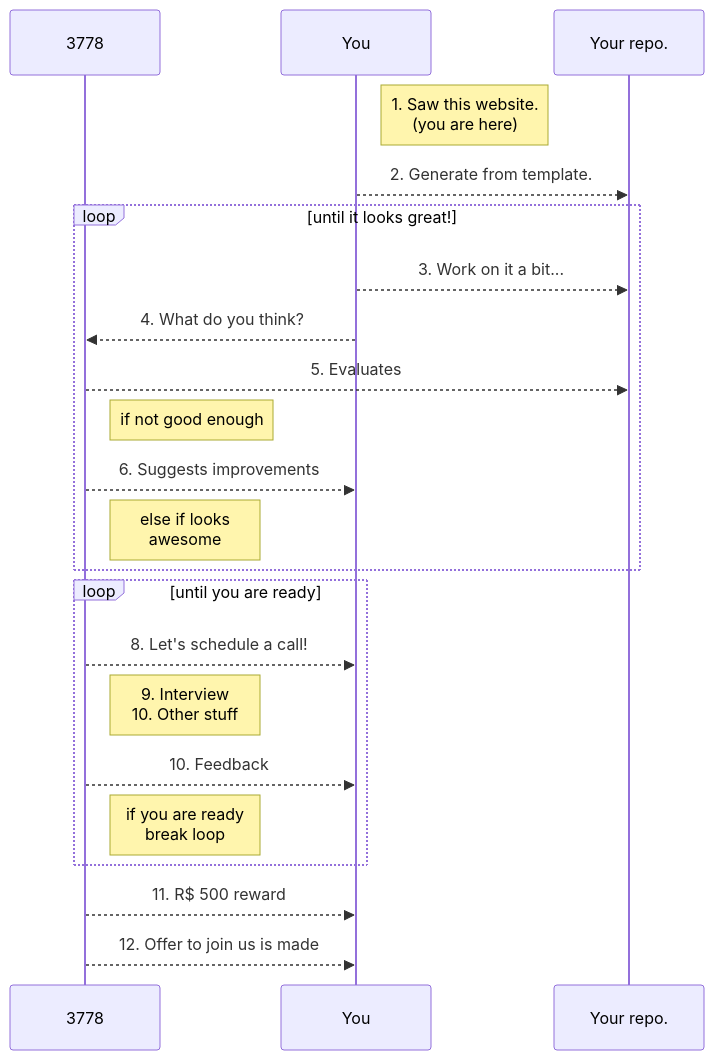
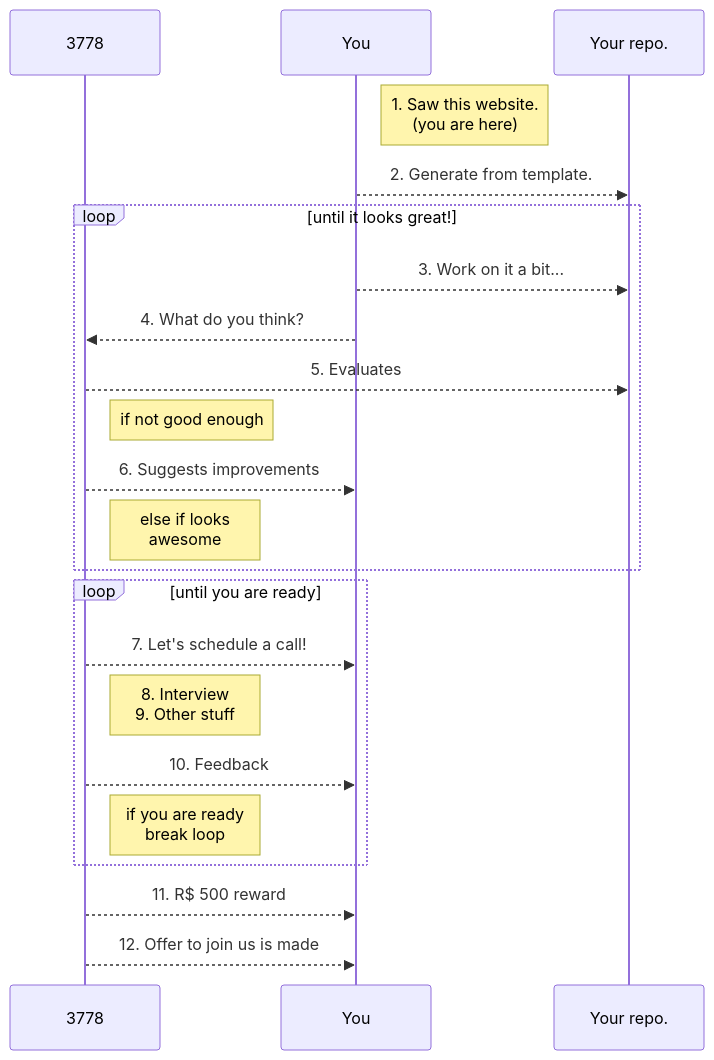
The diagram in content/join-us.md (3778/website-research), drawn with Mermaid before and after one commit.

````diff
--- a/content/join-us.md
+++ b/content/join-us.md
@@ -95,24 +95,24 @@
 ```mermaid
 sequenceDiagram
     participant 3778
     participant You
     participant Your repo.
     Note right of You: 1. Saw this website. <br> (you are here)
     You-->>Your repo.: 2. Generate from template.
     loop until it looks great!
         You-->>Your repo.: 3. Work on it a bit...
         You-->>3778: 4. What do you think?
         3778-->>Your repo.: 5. Evaluates
         Note right of 3778: if not good enough
         3778-->>You: 6. Suggests improvements
         Note right of 3778: else if looks <br> awesome
     end
     loop until you are ready
-        3778-->>You: 8. Let's schedule a call!
-        Note right of 3778: 9. Interview <br> 10. Other stuff
+        3778-->>You: 7. Let's schedule a call!
+        Note right of 3778: 8. Interview <br> 9. Other stuff
         3778-->>You: 10. Feedback
         Note right of 3778: if you are ready <br> break loop
     end
     3778-->>You: 11. R$ 500 reward
     3778-->>You: 12. Offer to join us is made
 ```
````
